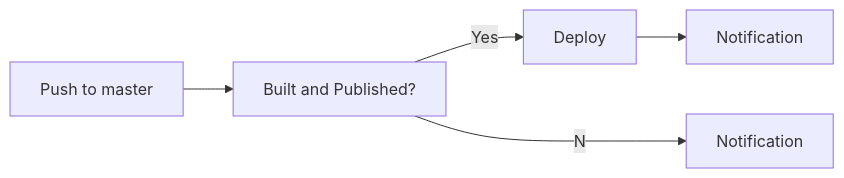
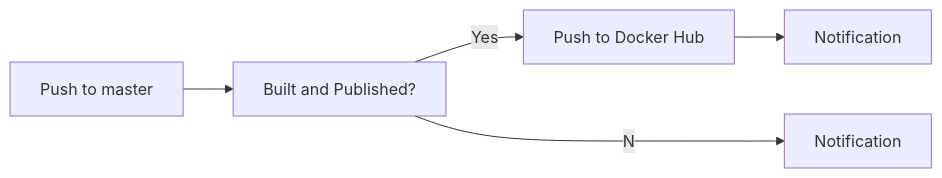
The diagram in README.md (tsbsia/LTA-DataMall-API), drawn with Mermaid before and after one commit. The commit also changed other lines of this file, not shown here.

````diff
--- a/README.md
+++ b/README.md
@@ -72,7 +72,7 @@
 ```mermaid
 graph LR;
     A[Push to master]-->B[Built and Published?];
-    B--Yes-->C[Deploy];
+    B--Yes-->C[Push to Docker Hub];
     B--No-->E[Notification];  
     C-->D[Notification];
 ```
````
